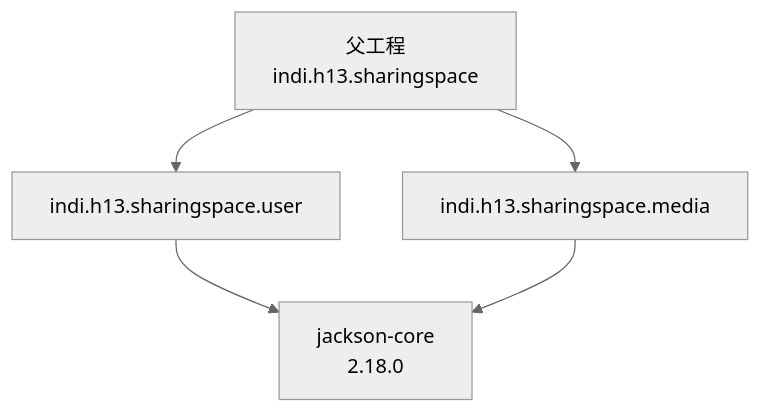
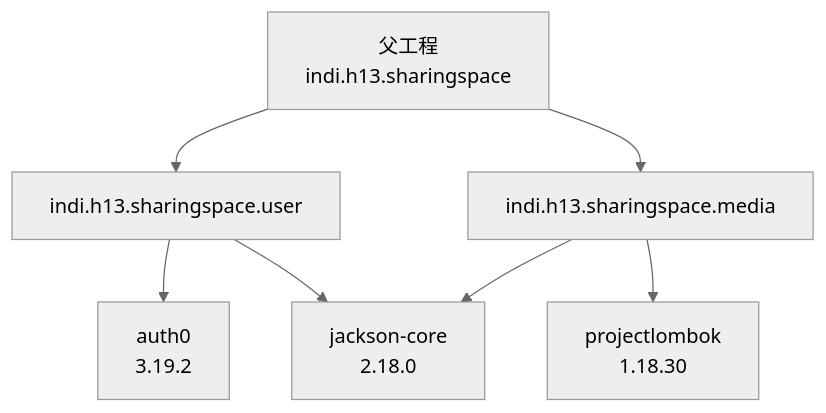
The second of 2 diagrams in Java/项目管理工具/Maven/Maven.md (h13-0/Notebooks), drawn with Mermaid (neutral theme) before and after one commit. The commit also changed other lines of this file and 1 other file, not shown here.

````diff
--- a/Java/项目管理工具/Maven/Maven.md
+++ b/Java/项目管理工具/Maven/Maven.md
@@ -270,7 +271,9 @@
 ```mermaid
 flowchart TB
     A[父工程<br>indi.h13.sharingspace] --> B[indi.h13.sharingspace.user]
     A[父工程<br>indi.h13.sharingspace] --> C[indi.h13.sharingspace.media]
-	B --> D[jackson-core<br>2.18.0]
-	C --> D[jackson-core<br>2.18.0]
+	B --> D[auth0<br>3.19.2]
+	B --> E[jackson-core<br>2.18.0]
+	C --> E[jackson-core<br>2.18.0]
+	C --> F[projectlombok<br>1.18.30]
 ```
````
